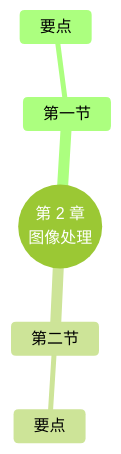
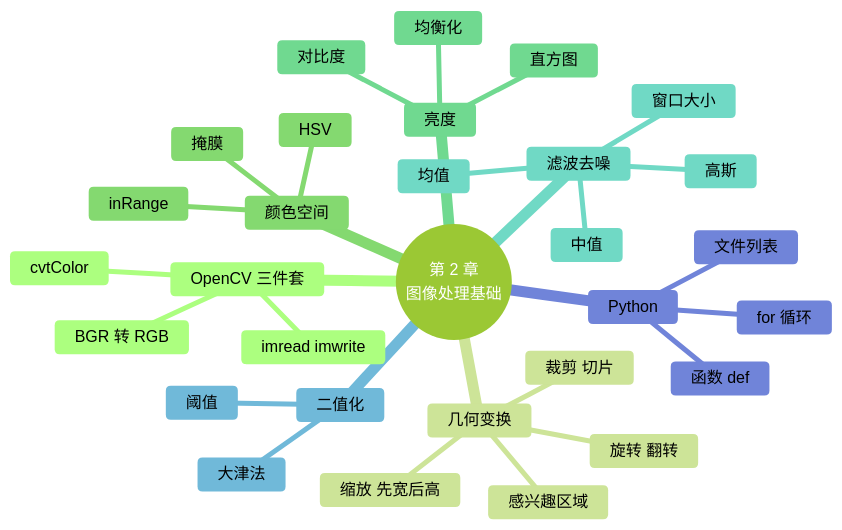
The second of 2 diagrams in docs/chapters/02-image-processing/index.md (MingziFu9/cv-textbook), drawn with Mermaid (forest theme) before and after one commit. The commit also changed other lines of this file and 32 other files, not shown here.

First line of the commit message:
第 2 章 图像处理基础：正文、4 个实验、HSV 调色板和滤波器对比动画、术语 18 条

````diff
--- a/docs/chapters/02-image-processing/index.md
+++ b/docs/chapters/02-image-processing/index.md
@@ -227,8 +874,33 @@
 ```mermaid
 mindmap
-  root((第 2 章<br/>图像处理))
-    第一节
-      要点
-    第二节
-      要点
+  root((第 2 章<br/>图像处理基础))
+    OpenCV 三件套
+      imread imwrite
+      cvtColor
+      BGR 转 RGB
+    几何变换
+      裁剪 切片
+      缩放 先宽后高
+      旋转 翻转
+      感兴趣区域
+    颜色空间
+      HSV
+      inRange
+      掩膜
+    亮度
+      对比度
+      直方图
+      均衡化
+    滤波去噪
+      均值
+      高斯
+      中值
+      窗口大小
+    二值化
+      阈值
+      大津法
+    Python
+      函数 def
+      for 循环
+      文件列表
 ```
````
